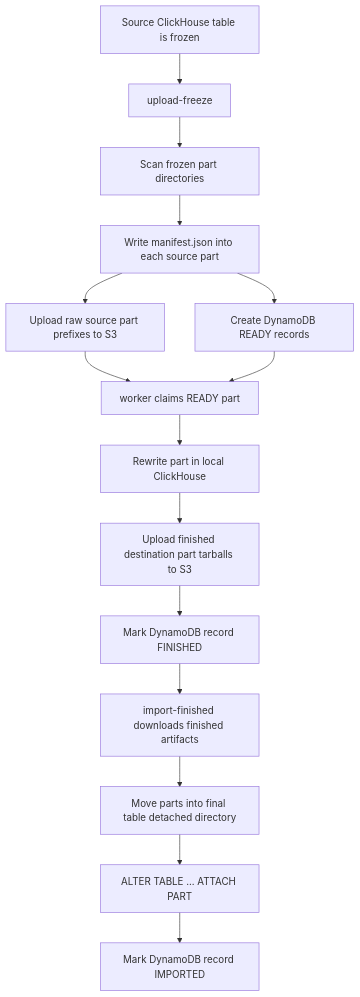
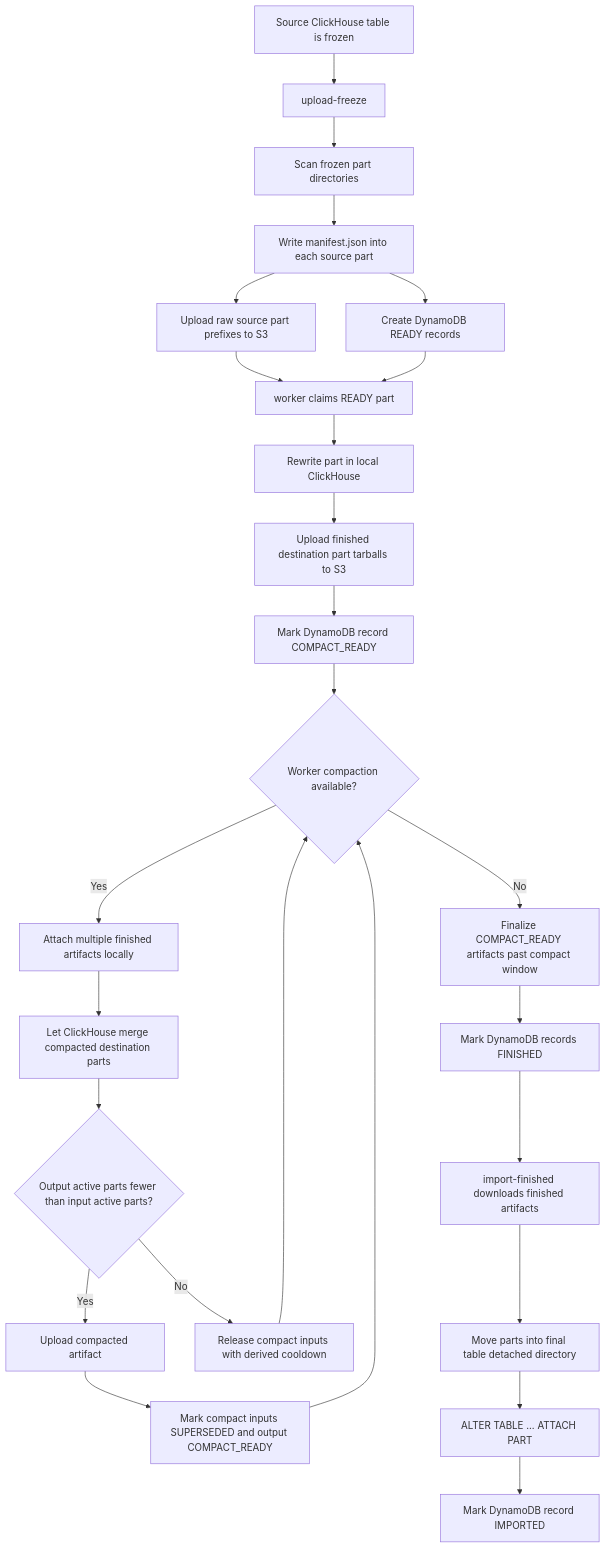
One commit to rorylshanks/partforge changed the first of 3 diagrams in docs/rewrite-flow.md. Above: the diagram before and after it, drawn with Mermaid. The commit also changed other lines of this file and 12 other files, not shown here.

````diff
--- a/docs/rewrite-flow.md
+++ b/docs/rewrite-flow.md
@@ -9,17 +9,28 @@
 ```mermaid
 graph TD
     A[Source ClickHouse table is frozen] --> B[upload-freeze]
     B --> C[Scan frozen part directories]
     C --> D[Write manifest.json into each source part]
     D --> E[Upload raw source part prefixes to S3]
     D --> F[Create DynamoDB READY records]
     E --> G[worker claims READY part]
     F --> G
     G --> H[Rewrite part in local ClickHouse]
     H --> I[Upload finished destination part tarballs to S3]
-    I --> J[Mark DynamoDB record FINISHED]
-    J --> K[import-finished downloads finished artifacts]
-    K --> L[Move parts into final table detached directory]
-    L --> M[ALTER TABLE ... ATTACH PART]
-    M --> N[Mark DynamoDB record IMPORTED]
+    I --> J[Mark DynamoDB record COMPACT_READY]
+    J --> K{Worker compaction available?}
+    K -- Yes --> L[Attach multiple finished artifacts locally]
+    L --> M[Let ClickHouse merge compacted destination parts]
+    M --> N{Output active parts fewer than input active parts?}
+    N -- Yes --> O[Upload compacted artifact]
+    O --> P[Mark compact inputs SUPERSEDED and output COMPACT_READY]
+    N -- No --> Q[Release compact inputs with derived cooldown]
+    K -- No --> R[Finalize COMPACT_READY artifacts past compact window]
+    P --> K
+    Q --> K
+    R --> S[Mark DynamoDB records FINISHED]
+    S --> T[import-finished downloads finished artifacts]
+    T --> U[Move parts into final table detached directory]
+    U --> V[ALTER TABLE ... ATTACH PART]
+    V --> W[Mark DynamoDB record IMPORTED]
 ```
````
